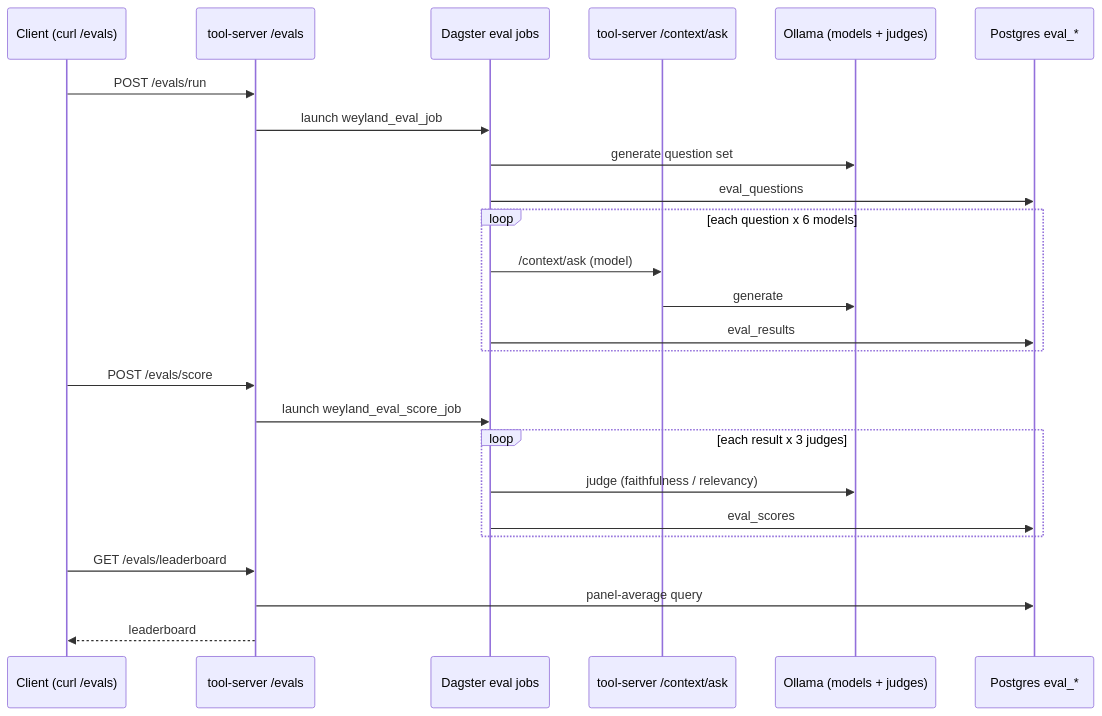
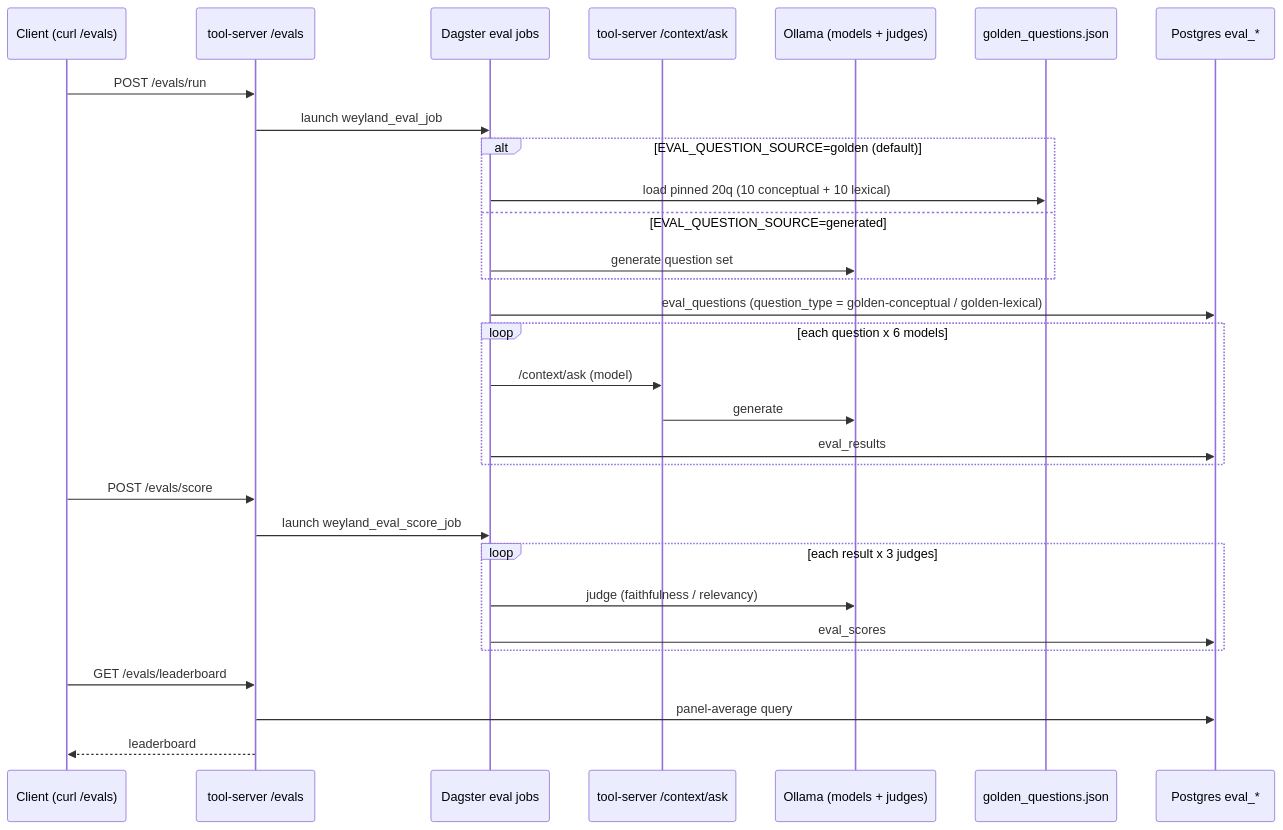
One commit to edtbl76/weyland-lab changed the diagram in docs/diagrams/flow-eval.md. Above: the diagram before and after it, drawn with Mermaid. The commit also changed other lines of this file and 5 other files, not shown here.

Commit message:
Pin eval harness to golden question set for consistent cross-run scoring; add conceptual/lexical splits for retrieval evaluation (B96). Extend alerting with Dagster watchdog and external heartbeat for improved failure detection (B94).

````diff
--- a/docs/diagrams/flow-eval.md
+++ b/docs/diagrams/flow-eval.md
@@ -3,27 +3,32 @@
 ```mermaid
 sequenceDiagram
     participant C as Client (curl /evals)
     participant TS as tool-server /evals
     participant Dag as Dagster eval jobs
     participant RAG as tool-server /context/ask
     participant OLL as Ollama (models + judges)
+    participant GQ as golden_questions.json
     participant PG as Postgres eval_*
     C->>TS: POST /evals/run
     TS->>Dag: launch weyland_eval_job
-    Dag->>OLL: generate question set
-    Dag->>PG: eval_questions
+    alt EVAL_QUESTION_SOURCE=golden (default)
+        Dag->>GQ: load pinned 20q (10 conceptual + 10 lexical)
+    else EVAL_QUESTION_SOURCE=generated
+        Dag->>OLL: generate question set
+    end
+    Dag->>PG: eval_questions (question_type = golden-conceptual / golden-lexical)
     loop each question x 6 models
         Dag->>RAG: /context/ask (model)
         RAG->>OLL: generate
         Dag->>PG: eval_results
     end
     C->>TS: POST /evals/score
     TS->>Dag: launch weyland_eval_score_job
     loop each result x 3 judges
         Dag->>OLL: judge (faithfulness / relevancy)
         Dag->>PG: eval_scores
     end
     C->>TS: GET /evals/leaderboard
     TS->>PG: panel-average query
     TS-->>C: leaderboard
 ```
````
